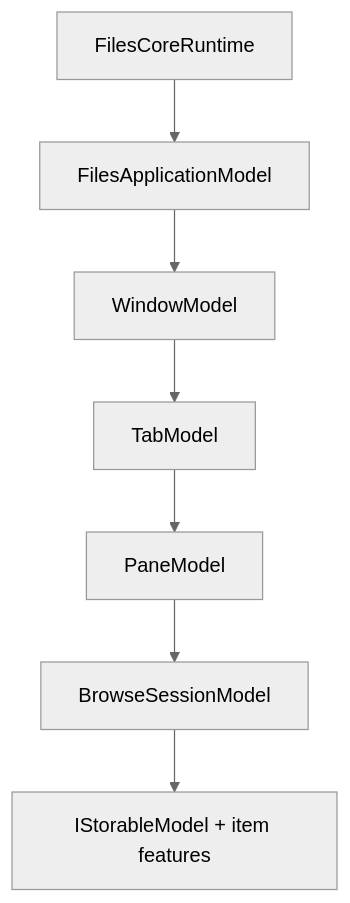
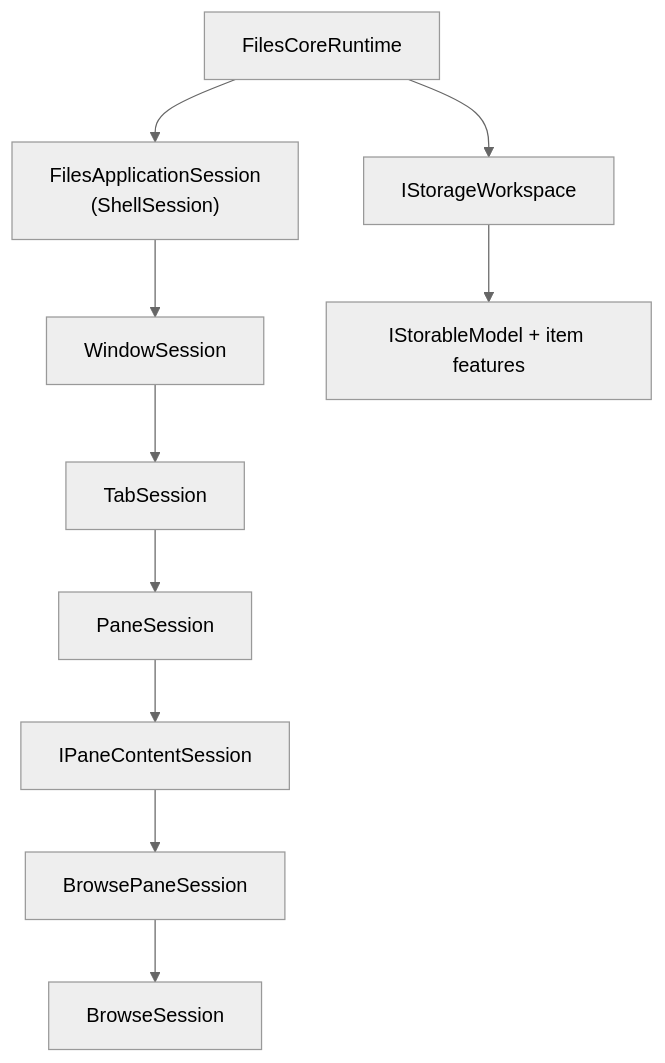
Before and after one commit to 0x5bfa/ReFiles: the diagram in src/Files.Core/README.md, drawn with Mermaid (neutral theme). The commit also changed other lines of this file and 93 other files, not shown here.

Commit message:
Rearchitect application state management

````diff
--- a/src/Files.Core/README.md
+++ b/src/Files.Core/README.md
@@ -30,17 +44,23 @@
 ```mermaid
 flowchart TB
     Runtime["FilesCoreRuntime"]
-    App["FilesApplicationModel"]
-    Window["WindowModel"]
-    Tab["TabModel"]
-    Pane["PaneModel"]
-    Session["BrowseSessionModel"]
+    Workspace["IStorageWorkspace"]
+    App["FilesApplicationSession<br/>(ShellSession)"]
+    Window["WindowSession"]
+    Tab["TabSession"]
+    Pane["PaneSession"]
+    Content["IPaneContentSession"]
+    BrowsePane["BrowsePaneSession"]
+    Session["BrowseSession"]
     Items["IStorableModel + item features"]
 
+    Runtime --> Workspace
     Runtime --> App
     App --> Window
     Window --> Tab
     Tab --> Pane
-    Pane --> Session
-    Session --> Items
+    Pane --> Content
+    Content --> BrowsePane
+    BrowsePane --> Session
+    Workspace --> Items
 ```
````
